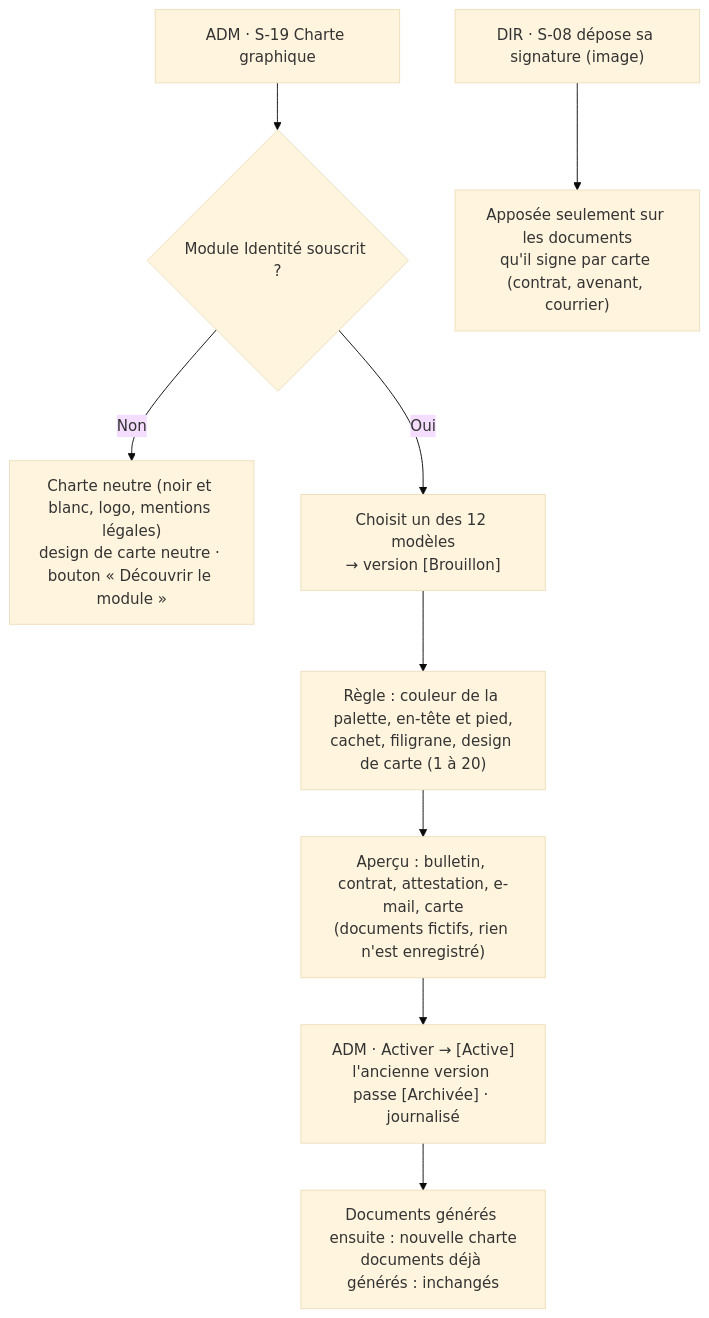
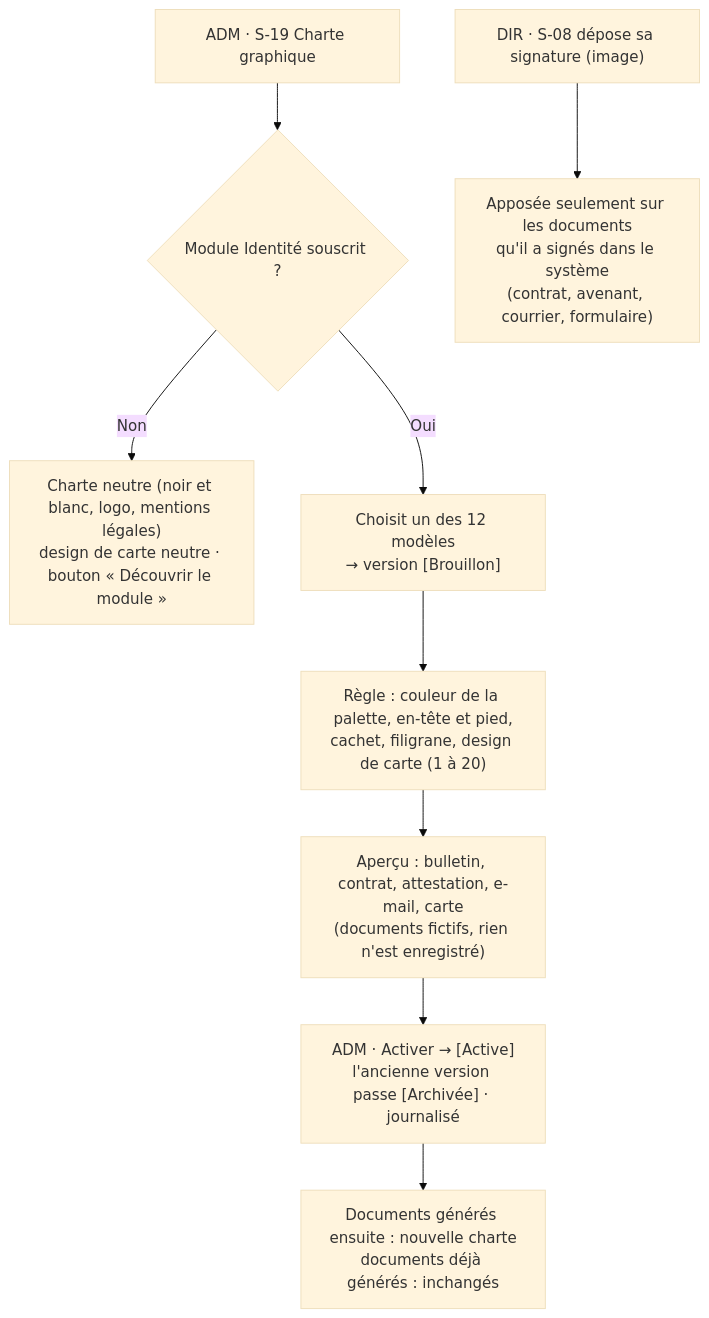
One commit to riyadaOne/fluxyrh-docs changed diagram 21 of 21 in 01-specifications/APPFLOW.md. Above: the diagram before and after it, drawn with Mermaid (base theme). The commit also changed other lines of this file and 21 other files, not shown here.

````diff
--- a/01-specifications/APPFLOW.md
+++ b/01-specifications/APPFLOW.md
@@ -562,11 +588,11 @@
 ```mermaid
 flowchart TD
     A["ADM · S-19 Charte graphique"] --> M{Module Identité souscrit ?}
     M -- Non --> N["Charte neutre (noir et blanc, logo, mentions légales)<br/>design de carte neutre · bouton « Découvrir le module »"]
     M -- Oui --> B["Choisit un des 12 modèles<br/>→ version [Brouillon]"]
     B --> C["Règle : couleur de la palette, en-tête et pied,<br/>cachet, filigrane, design de carte (1 à 20)"]
     C --> P["Aperçu : bulletin, contrat, attestation, e-mail, carte<br/>(documents fictifs, rien n'est enregistré)"]
     P --> V["ADM · Activer → [Active]<br/>l'ancienne version passe [Archivée] · journalisé"]
     V --> G["Documents générés ensuite : nouvelle charte<br/>documents déjà générés : inchangés"]
-    S["DIR · S-08 dépose sa signature (image)"] --> SG["Apposée seulement sur les documents<br/>qu'il signe par carte (contrat, avenant, courrier)"]
+    S["DIR · S-08 dépose sa signature (image)"] --> SG["Apposée seulement sur les documents<br/>qu'il a signés dans le système<br/>(contrat, avenant, courrier, formulaire)"]
 ```
````
